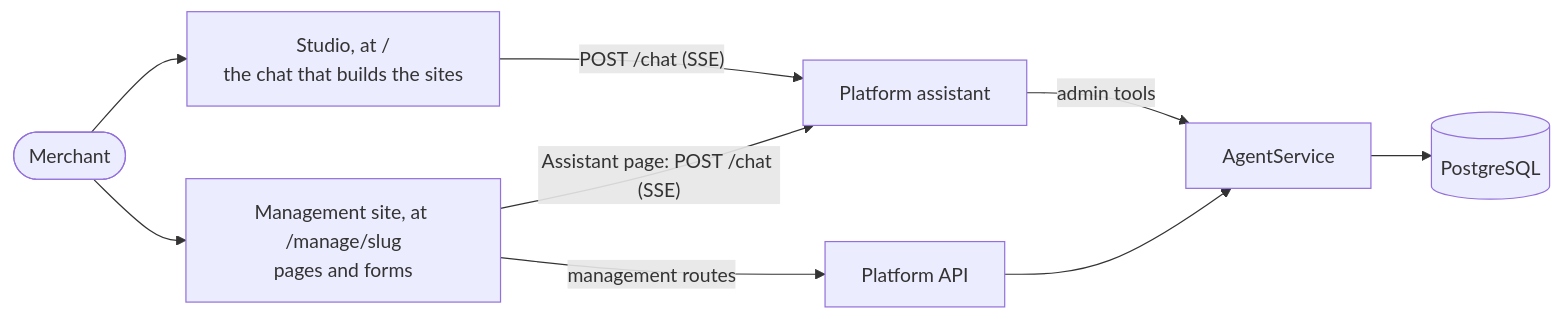
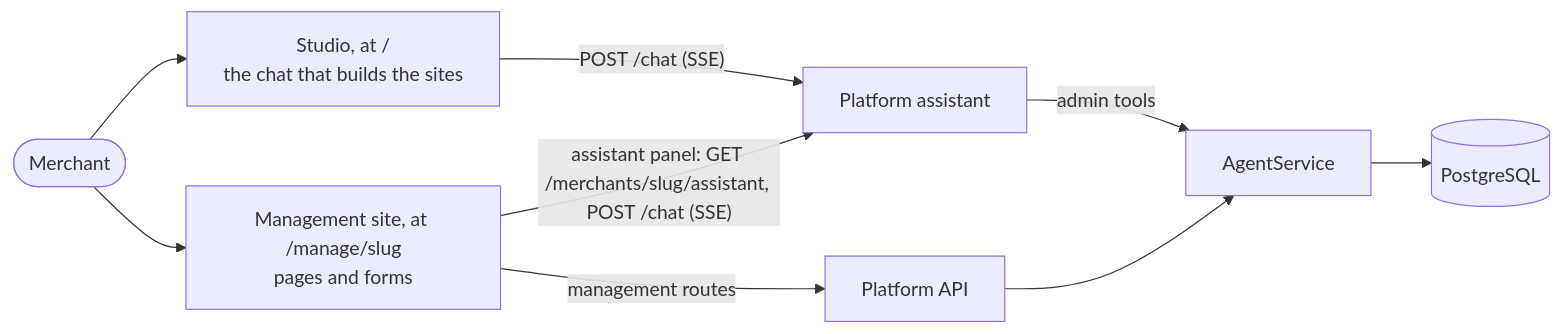
The third of 3 diagrams in documentation/ARCHITECTURE.md (MaxEntz/BaselHack2026), drawn with Mermaid before and after one commit. The commit also changed other lines of this file and 28 other files, not shown here.

First line of the commit message:
feat(platform,web): the assistant panel on the real assistant (#140)

````diff
--- a/documentation/ARCHITECTURE.md
+++ b/documentation/ARCHITECTURE.md
@@ -126,11 +126,11 @@
 ```mermaid
 flowchart LR
   M(["Merchant"]) --> ST["Studio, at /<br/>the chat that builds the sites"]
   M --> MS["Management site, at /manage/slug<br/>pages and forms"]
   ST -->|"POST /chat (SSE)"| ASSIST["Platform assistant"]
-  MS -->|"Assistant page: POST /chat (SSE)"| ASSIST
+  MS -->|"assistant panel: GET /merchants/slug/assistant, POST /chat (SSE)"| ASSIST
   MS -->|"management routes"| API["Platform API"]
   ASSIST -->|"admin tools"| AG["AgentService"]
   API --> AG
   AG --> DB[("PostgreSQL")]
 ```
````
